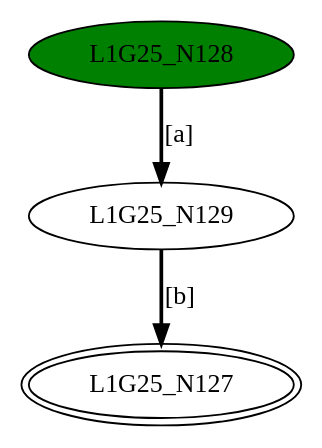
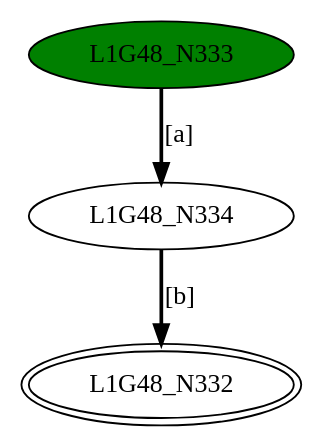
The diagram in DFASimulator/Testbench/minimizedDFA1.dot (GDimitroulakos/EDUFLEX), drawn with Graphviz before and after one commit. The commit also changed 48 other files, not shown here.

```diff
--- a/DFASimulator/Testbench/minimizedDFA1.dot
+++ b/DFASimulator/Testbench/minimizedDFA1.dot
@@ -1,7 +1,7 @@
-digraph G25{
-"L1G25_N127" [peripheries=2];
-"L1G25_N128" [style=filled,fillcolor=green];
-"L1G25_N129";
-"L1G25_N128"->"L1G25_N129" [style = bold, label = "[a]"];
-"L1G25_N129"->"L1G25_N127" [style = bold, label = "[b]"];
+digraph G48{
+"L1G48_N332" [peripheries=2];
+"L1G48_N333" [style=filled,fillcolor=green];
+"L1G48_N334";
+"L1G48_N333"->"L1G48_N334" [style = bold, label = "[a]"];
+"L1G48_N334"->"L1G48_N332" [style = bold, label = "[b]"];
 }
```
